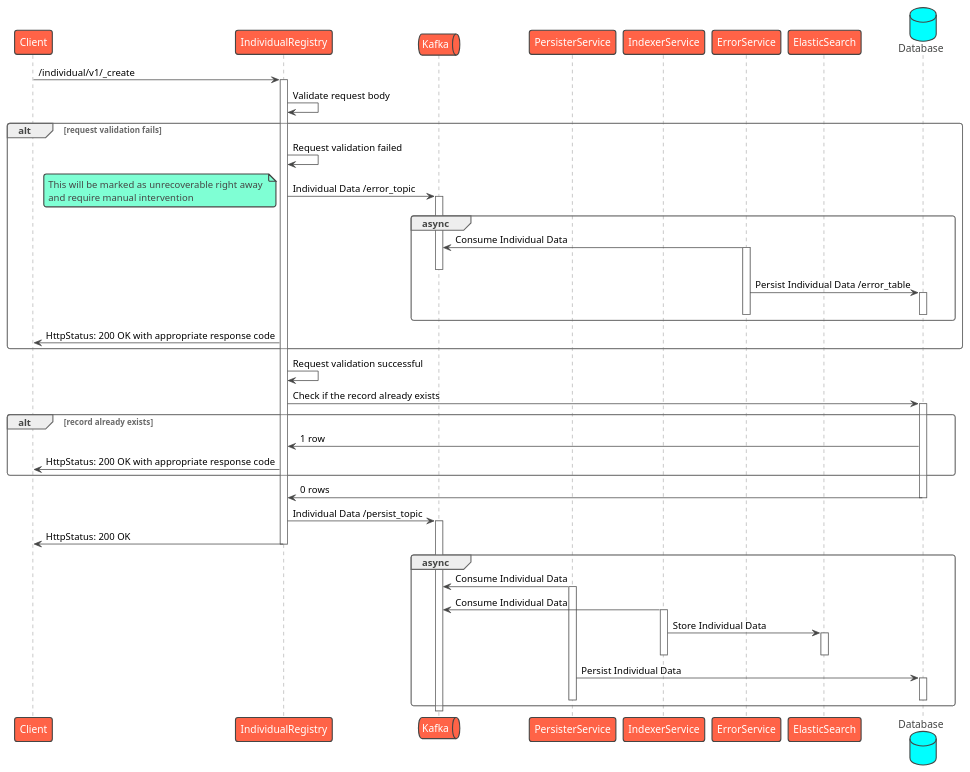
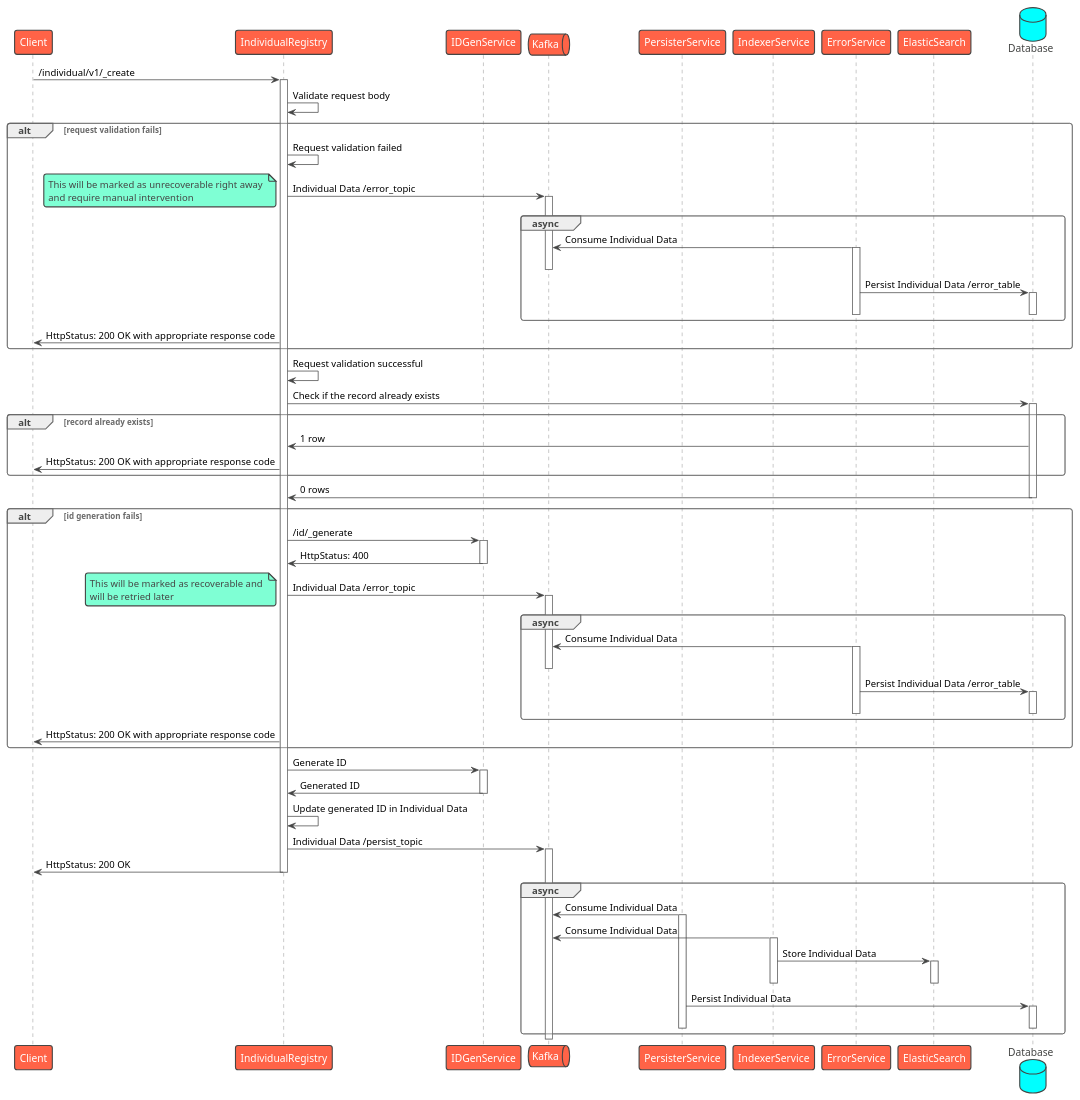
One commit to egovernments/health-api-specs changed the diagram in contracts/registries/individual/sequence/create.puml. Above: the diagram before and after it, drawn with PlantUML. The commit also changed 3 other files, not shown here.

Commit message:
Sequence: Individual/Household - search - Also added idgen sequence in create

```diff
--- a/contracts/registries/individual/sequence/create.puml
+++ b/contracts/registries/individual/sequence/create.puml
@@ -1,61 +1,89 @@
 @startuml Individual Registry - Create
 !theme vibrant
 participant Client as c
 participant IndividualRegistry as ir
+participant IDGenService as idgen
 queue Kafka as k
 participant PersisterService as prs
 participant IndexerService as idx
 participant ErrorService as es
 participant ElasticSearch as el
 database Database as db
 c -> ir : /individual/v1/_create
 activate ir
 ir -> ir: Validate request body
 alt request validation fails
     ir -> ir: Request validation failed
     ir -> k: Individual Data /error_topic
     note left
         This will be marked as unrecoverable right away 
         and require manual intervention
     end note
     activate k
     group async
         es -> k: Consume Individual Data
         activate es
         deactivate k
         es -> db: Persist Individual Data /error_table
         activate db
         deactivate db
         deactivate es
     end
     ir -> c: HttpStatus: 200 OK with appropriate response code
 end
 ir -> ir: Request validation successful
 ir -> db: Check if the record already exists
 alt record already exists
     activate db
     db -> ir: 1 row
     ir -> c: HttpStatus: 200 OK with appropriate response code
 end
 db -> ir: 0 rows
 deactivate db
+alt id generation fails
+    ir -> idgen: /id/_generate
+    activate idgen
+    idgen -> ir: HttpStatus: 400
+    deactivate idgen
+    ir -> k: Individual Data /error_topic
+    note left
+        This will be marked as recoverable and 
+        will be retried later
+    end note
+    activate k
+    group async
+        es -> k: Consume Individual Data
+        activate es
+        deactivate k
+        es -> db: Persist Individual Data /error_table
+        activate db
+        deactivate db
+        deactivate es
+    end
+    ir -> c: HttpStatus: 200 OK with appropriate response code
+end
+ir -> idgen: Generate ID
+activate idgen
+idgen -> ir: Generated ID
+deactivate idgen
+ir -> ir: Update generated ID in Individual Data
 ir -> k: Individual Data /persist_topic
 activate k
 ir -> c: HttpStatus: 200 OK
 deactivate ir
 group async
     prs -> k: Consume Individual Data
     activate prs
     idx -> k: Consume Individual Data
     activate idx
     idx -> el: Store Individual Data
     activate el
     deactivate el
     deactivate idx
     prs -> db: Persist Individual Data
     activate db
     deactivate db
     deactivate prs
 end
 deactivate k
 @enduml
```
